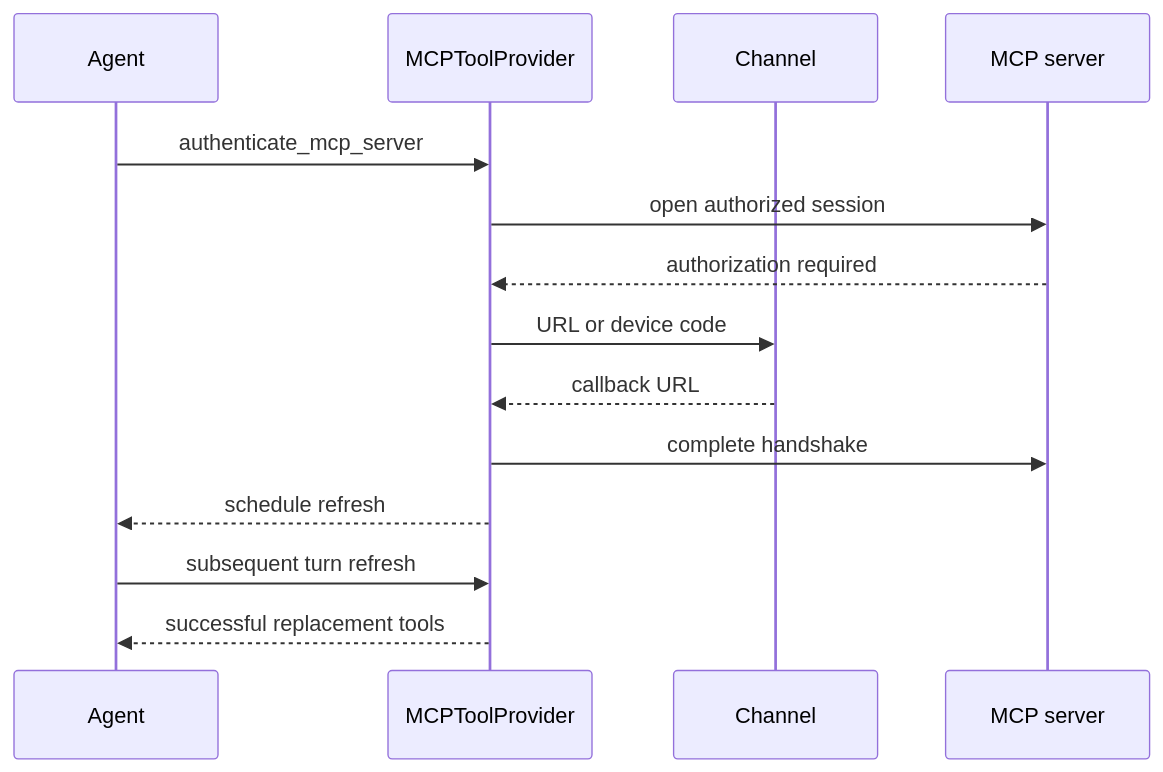
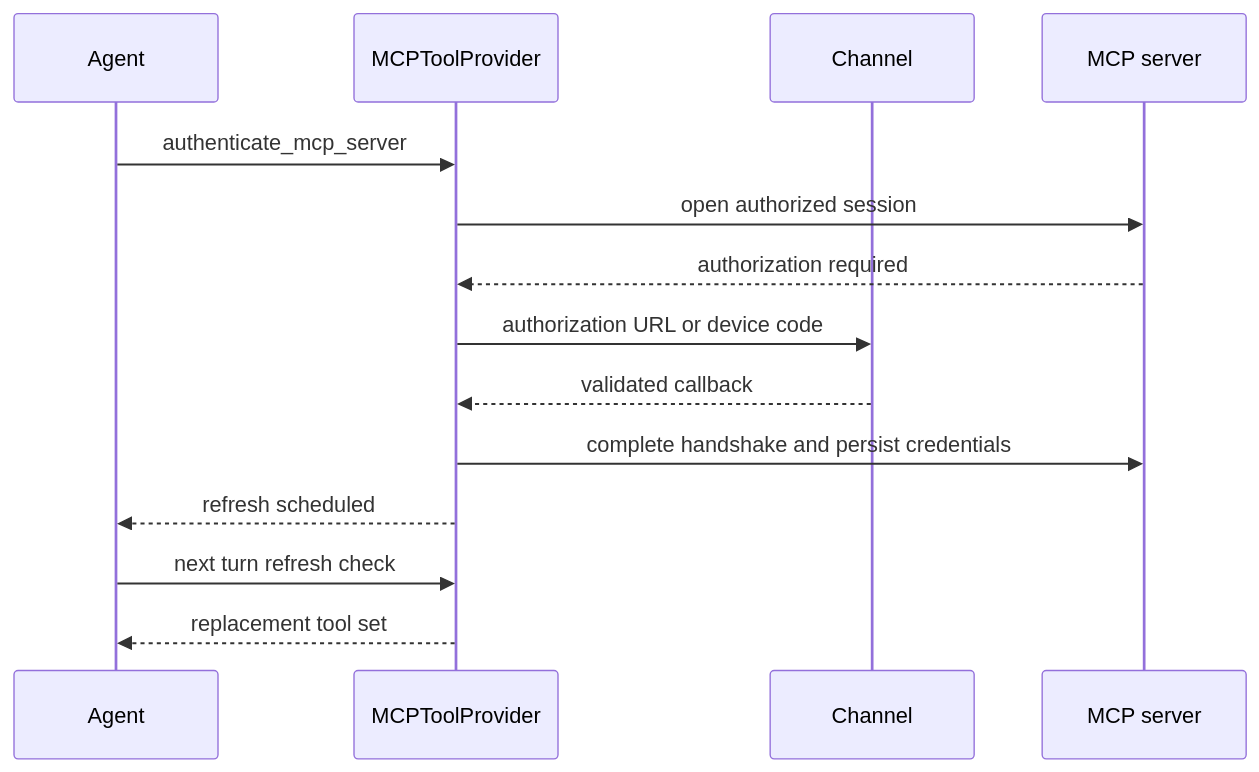
The second of 2 diagrams in openwiki/integrations/mcp.md (langchain-ai/deepagents), drawn with Mermaid before and after one commit. The commit also changed other lines of this file and 56 other files, not shown here.

````diff
--- a/openwiki/integrations/mcp.md
+++ b/openwiki/integrations/mcp.md
@@ -195,16 +208,16 @@
 ```mermaid
 sequenceDiagram
     participant Agent
     participant Provider as MCPToolProvider
     participant Channel
     participant Remote as MCP server
     Agent->>Provider: authenticate_mcp_server
     Provider->>Remote: open authorized session
     Remote-->>Provider: authorization required
-    Provider->>Channel: URL or device code
-    Channel-->>Provider: callback URL
-    Provider->>Remote: complete handshake
-    Provider-->>Agent: schedule refresh
-    Agent->>Provider: subsequent turn refresh
-    Provider-->>Agent: successful replacement tools
+    Provider->>Channel: authorization URL or device code
+    Channel-->>Provider: validated callback
+    Provider->>Remote: complete handshake and persist credentials
+    Provider-->>Agent: refresh scheduled
+    Agent->>Provider: next turn refresh check
+    Provider-->>Agent: replacement tool set
 ```
````
